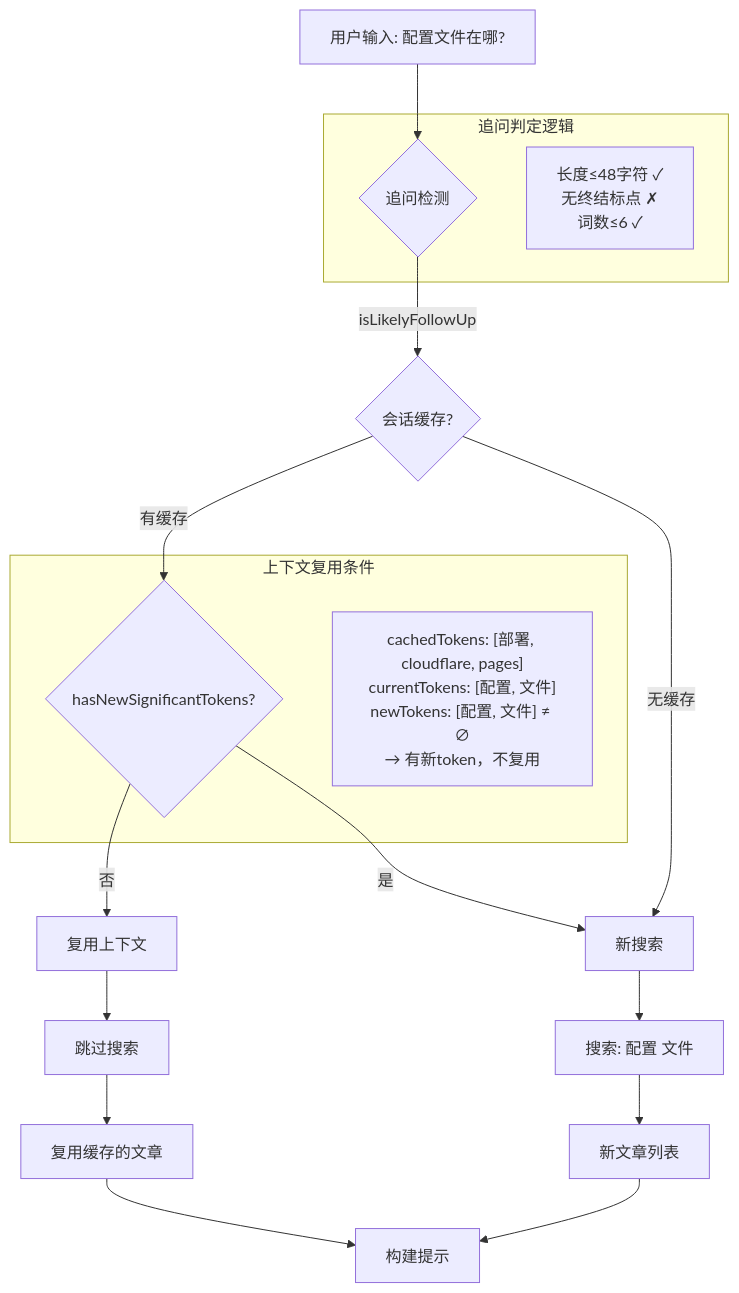
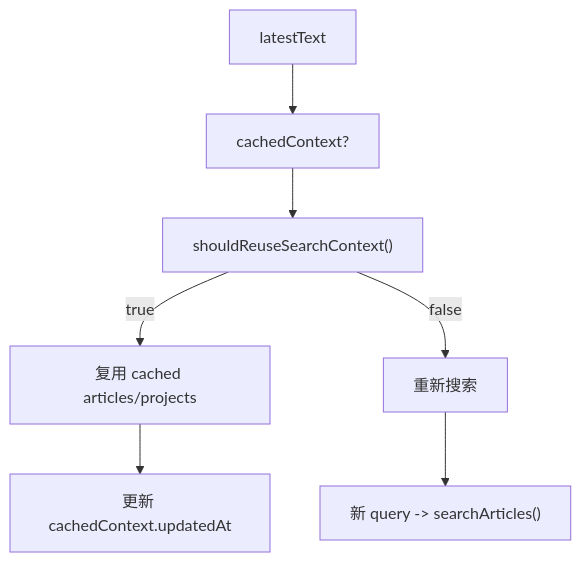
The fifth of 11 diagrams in apps/blog/src/data/blog/zh/ai-module-architecture.md (souloss/astro-minblog), drawn with Mermaid before and after one commit. The commit also changed other lines of this file, not shown here.

First line of the commit message:
docs(blog): rewrite Chinese AI architecture deep dive

````diff
--- a/apps/blog/src/data/blog/zh/ai-module-architecture.md
+++ b/apps/blog/src/data/blog/zh/ai-module-architecture.md
@@ -1157,28 +552,9 @@
 ```mermaid
 flowchart TB
-    A["用户输入: 配置文件在哪?"] --> B{"追问检测"}
-    B -->|isLikelyFollowUp| C{"会话缓存?"}
-    C -->|有缓存| D{"hasNewSignificantTokens?"}
-    D -->|否| E["复用上下文"]
-    D -->|是| F["新搜索"]
-    C -->|无缓存| F
-
-    E --> G["跳过搜索"]
-    G --> H["复用缓存的文章"]
-
-    F --> I["搜索: 配置 文件"]
-    I --> J["新文章列表"]
-
-    H --> K["构建提示"]
-    J --> K
-
-    subgraph 追问判定逻辑
-        B
-        note1["长度≤48字符 ✓<br/>无终结标点 ✗<br/>词数≤6 ✓"]
-    end
-
-    subgraph 上下文复用条件
-        D
-        note2["cachedTokens: [部署, cloudflare, pages]<br/>currentTokens: [配置, 文件]<br/>newTokens: [配置, 文件] ≠ ∅<br/>→ 有新token，不复用"]
-    end
+    A["latestText"] --> B["cachedContext?"]
+    B --> C["shouldReuseSearchContext()"]
+    C -->|true| D["复用 cached articles/projects"]
+    C -->|false| E["重新搜索"]
+    D --> F["更新 cachedContext.updatedAt"]
+    E --> G["新 query -> searchArticles()"]
 ```
````
